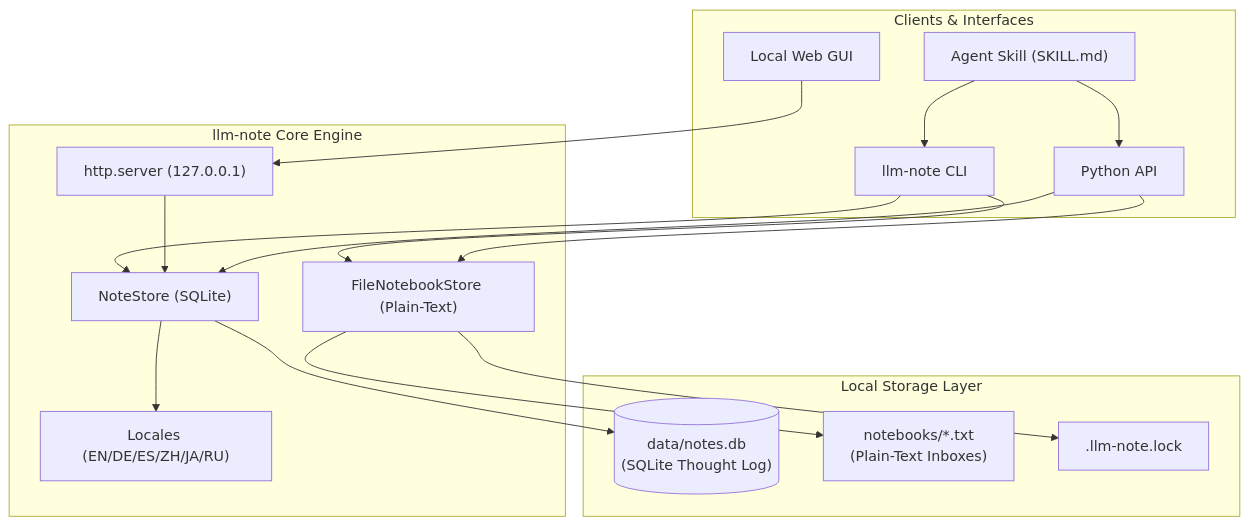
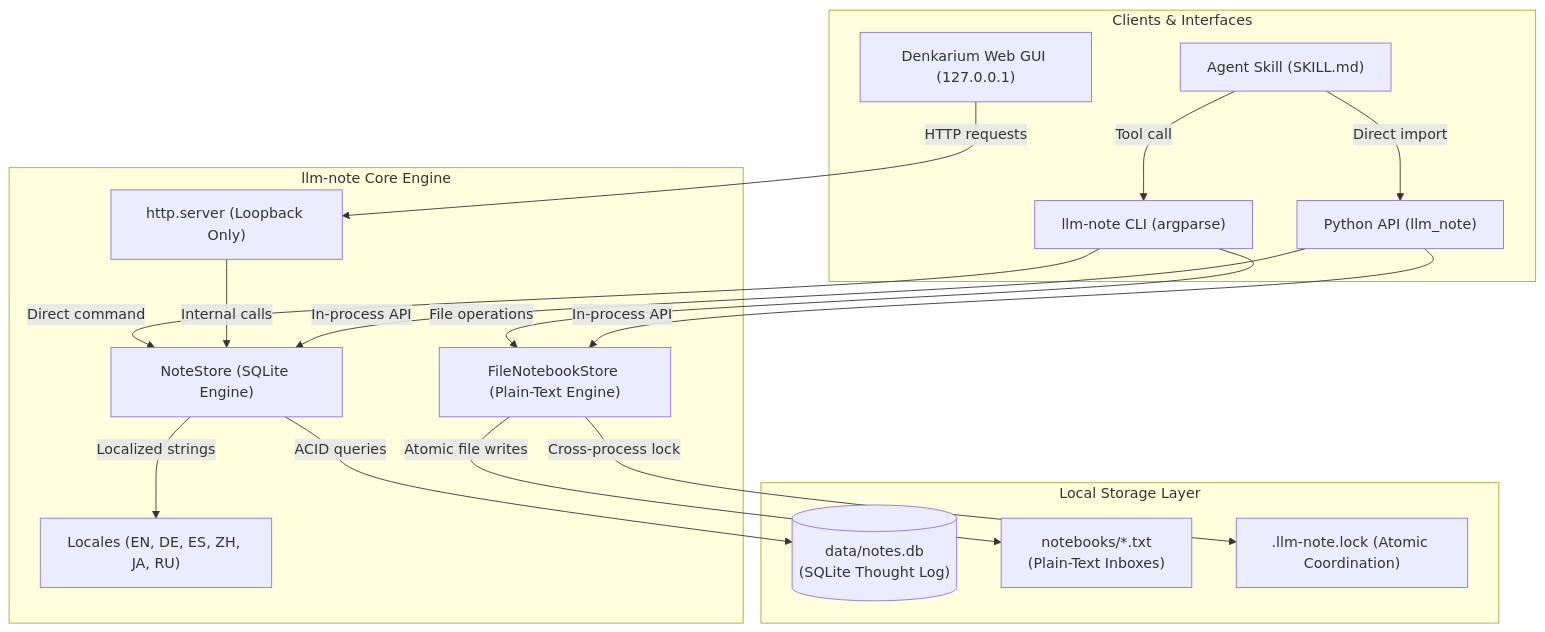
Before and after one commit to doc-bricks/llm-note: the first of 2 diagrams in README.md, drawn with Mermaid. The commit also changed other lines of this file and 11 other files, not shown here.

Commit message:
docs(marketing): add 18-section bilingual navigation, dual mermaid diagrams, license audit, and contract tests (v1.0.4)

````diff
--- a/README.md
+++ b/README.md
@@ -23,36 +89,36 @@
 ```mermaid
 graph TD
     subgraph Clients["Clients & Interfaces"]
-        CLI["llm-note CLI"]
-        GUI["Local Web GUI"]
-        PyAPI["Python API"]
+        CLI["llm-note CLI (argparse)"]
+        GUI["Denkarium Web GUI (127.0.0.1)"]
+        PyAPI["Python API (llm_note)"]
         Skill["Agent Skill (SKILL.md)"]
     end
 
     subgraph CoreEngine["llm-note Core Engine"]
-        NoteStore["NoteStore (SQLite)"]
-        FileStore["FileNotebookStore (Plain-Text)"]
-        HTTP["http.server (127.0.0.1)"]
-        I18N["Locales (EN/DE/ES/ZH/JA/RU)"]
+        NoteStore["NoteStore (SQLite Engine)"]
+        FileStore["FileNotebookStore (Plain-Text Engine)"]
+        HTTP["http.server (Loopback Only)"]
+        I18N["Locales (EN, DE, ES, ZH, JA, RU)"]
     end
 
     subgraph LocalStorage["Local Storage Layer"]
         DB[("data/notes.db<br/>(SQLite Thought Log)")]
         Notebooks["notebooks/*.txt<br/>(Plain-Text Inboxes)"]
-        LockFile[".llm-note.lock"]
+        LockFile[".llm-note.lock (Atomic Coordination)"]
     end
 
-    CLI --> NoteStore
-    GUI --> HTTP
-    HTTP --> NoteStore
-    CLI --> FileStore
-    PyAPI --> NoteStore
-    PyAPI --> FileStore
-    Skill --> CLI
-    Skill --> PyAPI
+    CLI -->|"Direct command"| NoteStore
+    CLI -->|"File operations"| FileStore
+    GUI -->|"HTTP requests"| HTTP
+    HTTP -->|"Internal calls"| NoteStore
+    PyAPI -->|"In-process API"| NoteStore
+    PyAPI -->|"In-process API"| FileStore
+    Skill -->|"Tool call"| CLI
+    Skill -->|"Direct import"| PyAPI
 
-    NoteStore --> DB
-    NoteStore --> I18N
-    FileStore --> Notebooks
-    FileStore --> LockFile
+    NoteStore -->|"ACID queries"| DB
+    NoteStore -->|"Localized strings"| I18N
+    FileStore -->|"Atomic file writes"| Notebooks
+    FileStore -->|"Cross-process lock"| LockFile
 ```
````
